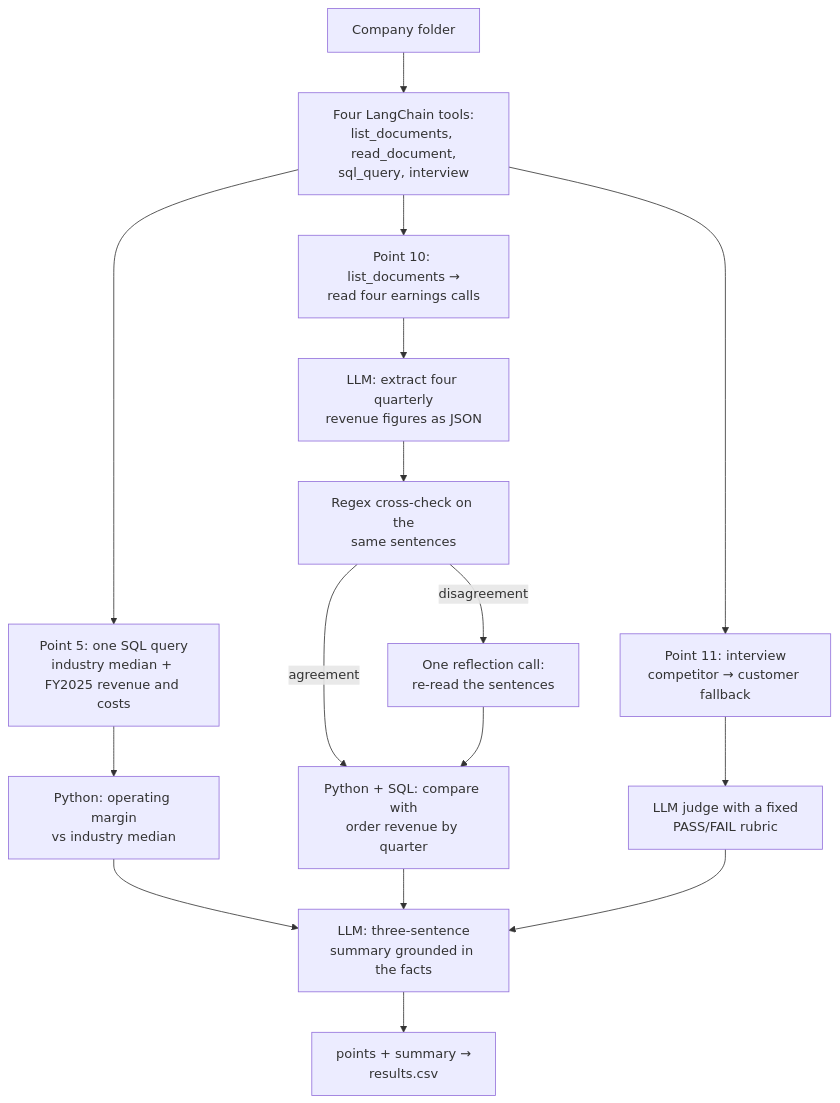
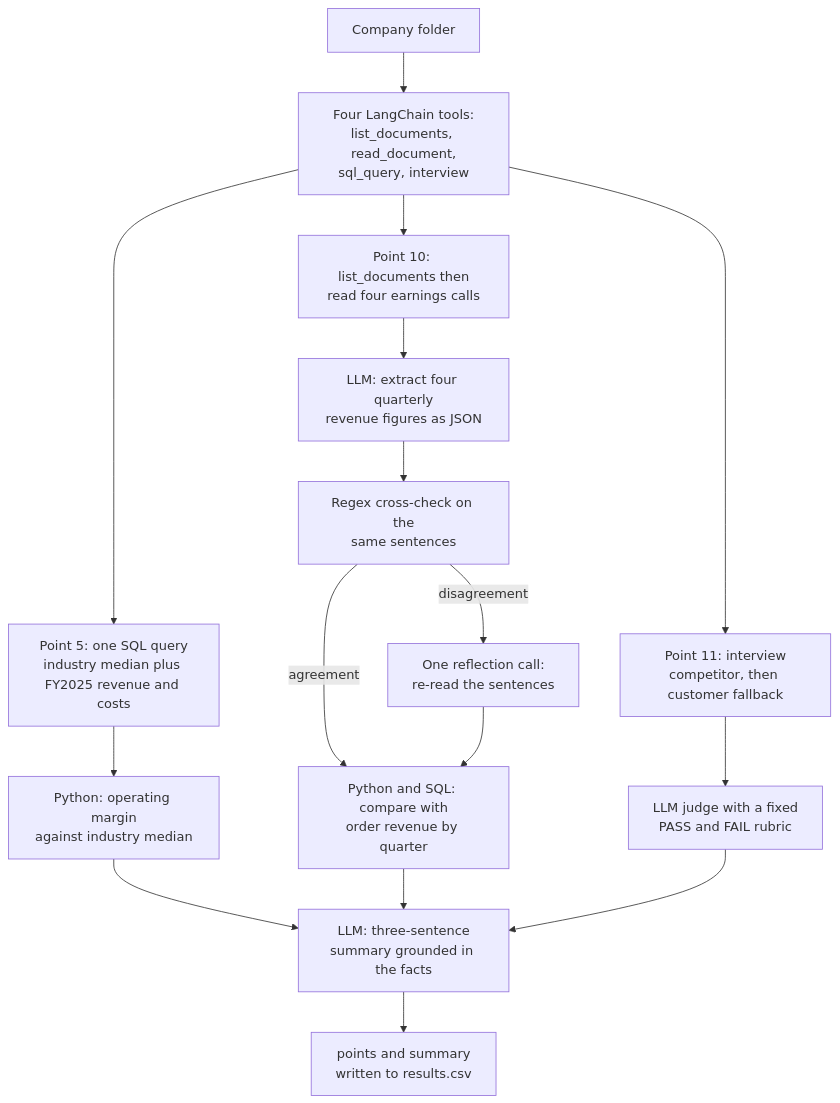
One commit to xiaoqing514/FTEC5660-HW3 changed the diagram in README.md. Above: the diagram before and after it, drawn with Mermaid. The commit also changed other lines of this file, not shown here.

````diff
--- a/README.md
+++ b/README.md
@@ -224,18 +193,18 @@
 ```mermaid
 flowchart TD
     A[Company folder] --> B[Four LangChain tools:<br/>list_documents, read_document,<br/>sql_query, interview]
-    B --> P5[Point 5: one SQL query<br/>industry median + FY2025 revenue and costs]
-    B --> P10[Point 10: list_documents →<br/>read four earnings calls]
-    B --> P11[Point 11: interview<br/>competitor → customer fallback]
-    P5 --> C5[Python: operating margin<br/>vs industry median]
+    B --> P5[Point 5: one SQL query<br/>industry median plus FY2025 revenue and costs]
+    B --> P10[Point 10: list_documents then<br/>read four earnings calls]
+    B --> P11[Point 11: interview<br/>competitor, then customer fallback]
+    P5 --> C5[Python: operating margin<br/>against industry median]
     P10 --> E[LLM: extract four quarterly<br/>revenue figures as JSON]
     E --> R[Regex cross-check on the<br/>same sentences]
     R -->|disagreement| E2[One reflection call:<br/>re-read the sentences]
-    R -->|agreement| C10[Python + SQL: compare with<br/>order revenue by quarter]
+    R -->|agreement| C10[Python and SQL: compare with<br/>order revenue by quarter]
     E2 --> C10
-    P11 --> J[LLM judge with a fixed<br/>PASS/FAIL rubric]
+    P11 --> J[LLM judge with a fixed<br/>PASS and FAIL rubric]
     C5 --> S[LLM: three-sentence<br/>summary grounded in the facts]
     C10 --> S
     J --> S
-    S --> O[points + summary →<br/>results.csv]
+    S --> O[points and summary<br/>written to results.csv]
 ```
````
